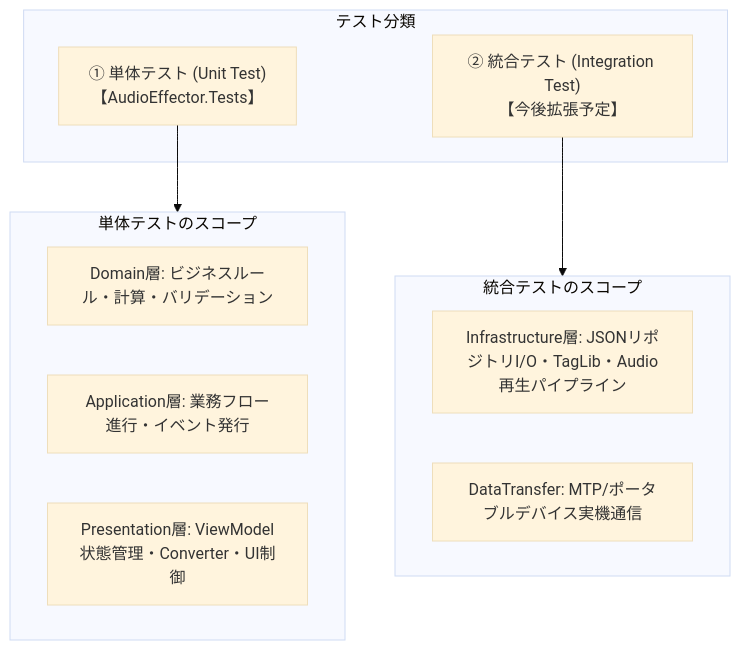
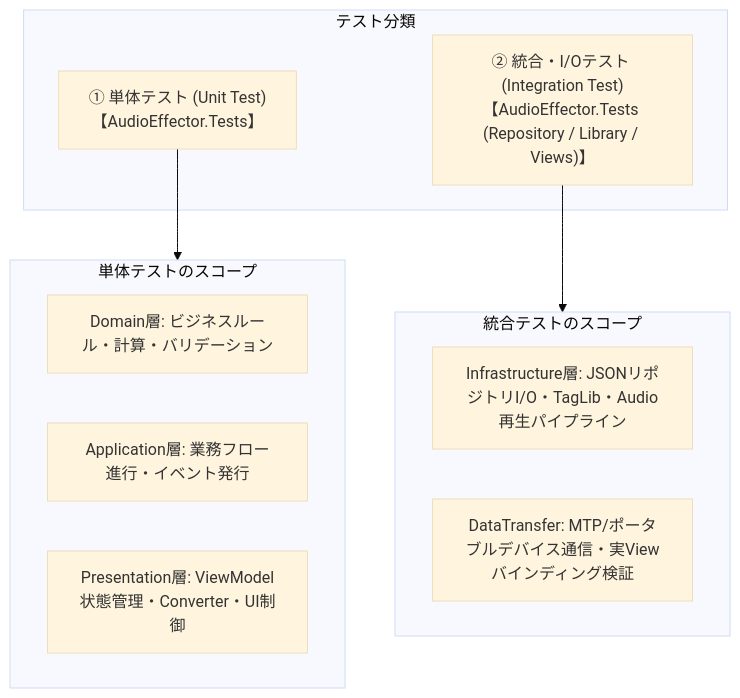
One commit to taketonnbo/Audio_Effector changed the first of 2 diagrams in 設計/詳細設計/テスト仕様/テスト方針書.md. Above: the diagram before and after it, drawn with Mermaid (base theme). The commit also changed other lines of this file and 13 other files, not shown here.

````diff
--- a/設計/詳細設計/テスト仕様/テスト方針書.md
+++ b/設計/詳細設計/テスト仕様/テスト方針書.md
@@ -36,21 +36,21 @@
 ```mermaid
 flowchart TD
     subgraph TestLevels["テスト分類"]
-        UT["① 単体テスト (Unit Test)<br>【AudioEffector.Tests】"]
-        IT["② 統合テスト (Integration Test)<br>【今後拡張予定】"]
+        UT["① 単体テスト (Unit Test)<br/>【AudioEffector.Tests】"]
+        IT["② 統合・I/Oテスト (Integration Test)<br/>【AudioEffector.Tests (Repository / Library / Views)】"]
     end
 
     subgraph ScopeUT["単体テストのスコープ"]
         UT_Domain["Domain層: ビジネスルール・計算・バリデーション"]
         UT_App["Application層: 業務フロー進行・イベント発行"]
         UT_Pres["Presentation層: ViewModel状態管理・Converter・UI制御"]
     end
 
     subgraph ScopeIT["統合テストのスコープ"]
         IT_Infra["Infrastructure層: JSONリポジトリI/O・TagLib・Audio再生パイプライン"]
-        IT_Transfer["DataTransfer: MTP/ポータブルデバイス実機通信"]
+        IT_Transfer["DataTransfer: MTP/ポータブルデバイス通信・実Viewバインディング検証"]
     end
 
     UT --> ScopeUT
     IT --> ScopeIT
 ```
````
